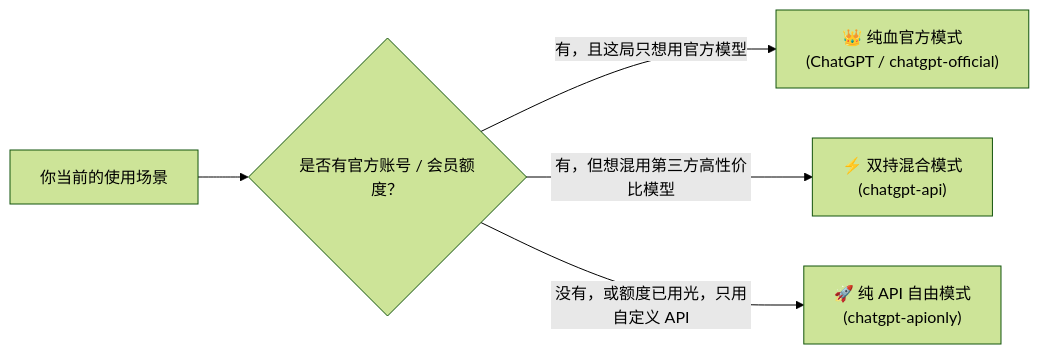
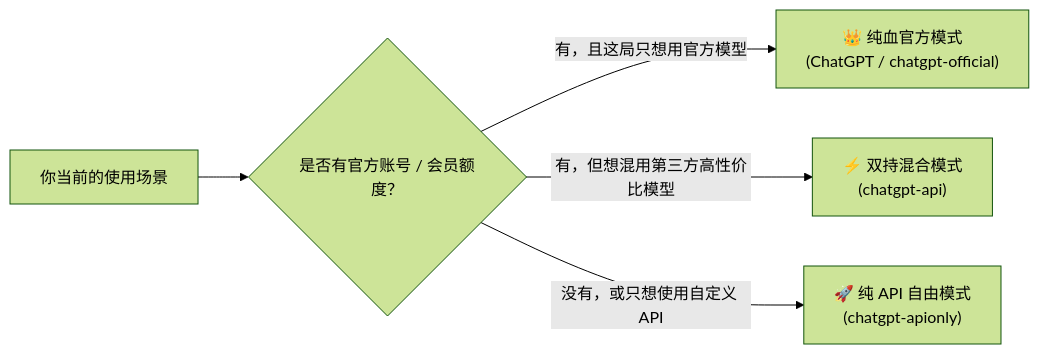
Before and after one commit to bolifa556/ChatGPT-API: the first of 2 diagrams in README.md, drawn with Mermaid (forest theme). The commit also changed other lines of this file and 34 other files, not shown here.

````diff
--- a/README.md
+++ b/README.md
@@ -93,7 +93,7 @@
 ```mermaid
 flowchart LR
     A["你当前的使用场景"] --> B{"是否有官方账号 / 会员额度？"}
     B -- "有，且这局只想用官方模型" --> C["👑 纯血官方模式<br/>(ChatGPT / chatgpt-official)"]
     B -- "有，但想混用第三方高性价比模型" --> D["⚡ 双持混合模式<br/>(chatgpt-api)"]
-    B -- "没有，或额度已用光，只用自定义 API" --> E["🚀 纯 API 自由模式<br/>(chatgpt-apionly)"]
+    B -- "没有，或只想使用自定义 API" --> E["🚀 纯 API 自由模式<br/>(chatgpt-apionly)"]
 ```
````
